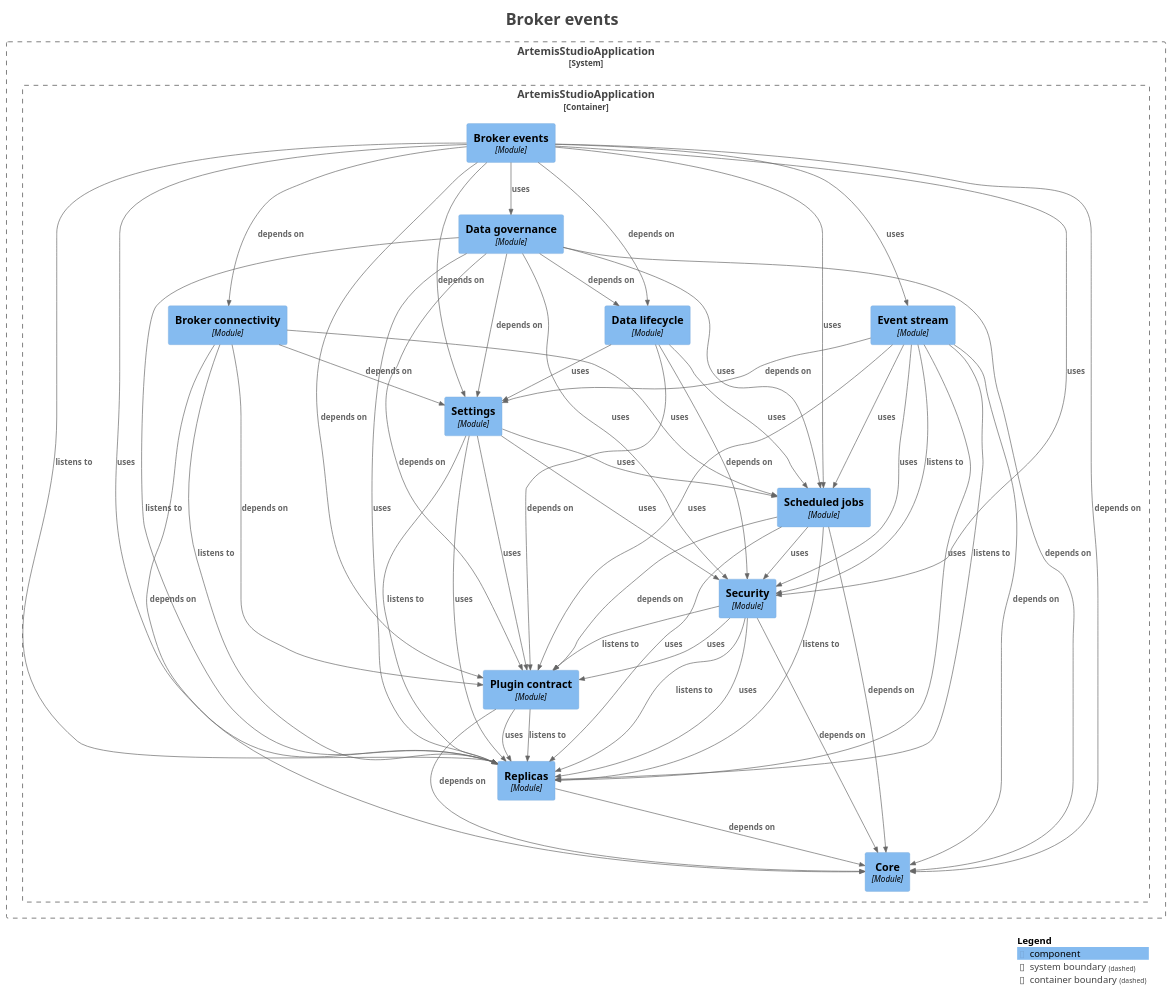
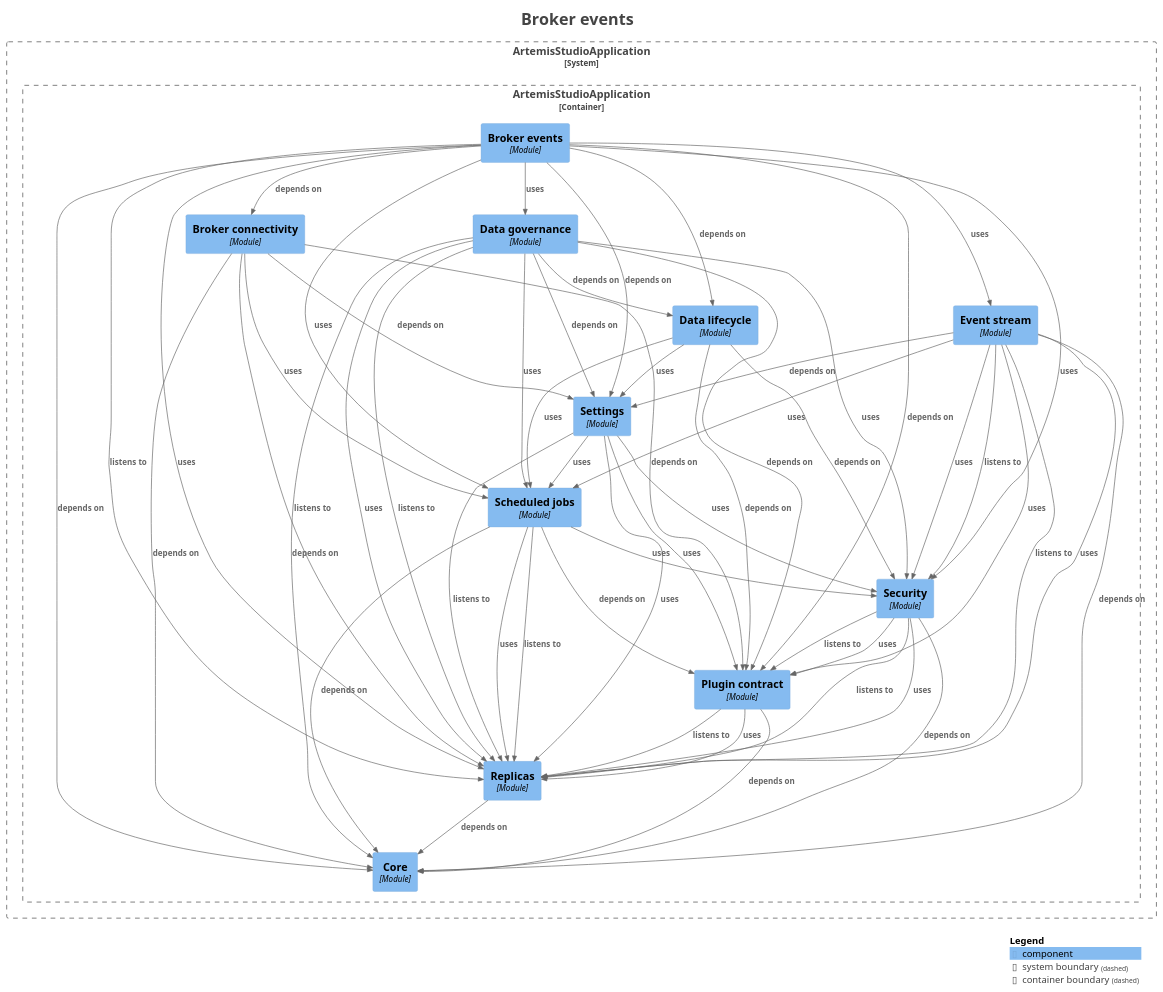
The diagram in docs/modules/module-feature.events.puml (sudoitir/artemis-studio), drawn with PlantUML before and after one commit. The commit also changed other lines of this file and 33 other files, not shown here.

First line of the commit message:
test(architecture): sort module diagram components so diagrams change only with the graph

```diff
--- a/docs/modules/module-feature.events.puml
+++ b/docs/modules/module-feature.events.puml
@@ -1,93 +1,93 @@
 @startuml
 title <size:24>Broker events</size>
 
 set separator none
 top to bottom direction
 
 <style>
   root {
     BackgroundColor: #ffffff
     FontColor: #444444
   }
 </style>
 
 !include <C4/C4>
 !include <C4/C4_Context>
 !include <C4/C4_Component>
 
 System_Boundary("ArtemisStudioApplication_boundary", "ArtemisStudioApplication", $tags="") {
   Container_Boundary("ArtemisStudioApplication.ArtemisStudioApplication_boundary", "ArtemisStudioApplication", $tags="") {
-    Component(ArtemisStudioApplication.ArtemisStudioApplication.Settings, "Settings", $techn="Module", $descr="", $tags="", $link="")
+    Component(ArtemisStudioApplication.ArtemisStudioApplication.Brokerconnectivity, "Broker connectivity", $techn="Module", $descr="", $tags="", $link="")
+    Component(ArtemisStudioApplication.ArtemisStudioApplication.Brokerevents, "Broker events", $techn="Module", $descr="", $tags="", $link="")
+    Component(ArtemisStudioApplication.ArtemisStudioApplication.Core, "Core", $techn="Module", $descr="", $tags="", $link="")
+    Component(ArtemisStudioApplication.ArtemisStudioApplication.Datagovernance, "Data governance", $techn="Module", $descr="", $tags="", $link="")
     Component(ArtemisStudioApplication.ArtemisStudioApplication.Datalifecycle, "Data lifecycle", $techn="Module", $descr="", $tags="", $link="")
     Component(ArtemisStudioApplication.ArtemisStudioApplication.Eventstream, "Event stream", $techn="Module", $descr="", $tags="", $link="")
-    Component(ArtemisStudioApplication.ArtemisStudioApplication.Brokerconnectivity, "Broker connectivity", $techn="Module", $descr="", $tags="", $link="")
-    Component(ArtemisStudioApplication.ArtemisStudioApplication.Datagovernance, "Data governance", $techn="Module", $descr="", $tags="", $link="")
-    Component(ArtemisStudioApplication.ArtemisStudioApplication.Brokerevents, "Broker events", $techn="Module", $descr="", $tags="", $link="")
-    Component(ArtemisStudioApplication.ArtemisStudioApplication.Core, "Core", $techn="Module", $descr="", $tags="", $link="")
+    Component(ArtemisStudioApplication.ArtemisStudioApplication.Plugincontract, "Plugin contract", $techn="Module", $descr="", $tags="", $link="")
     Component(ArtemisStudioApplication.ArtemisStudioApplication.Replicas, "Replicas", $techn="Module", $descr="", $tags="", $link="")
-    Component(ArtemisStudioApplication.ArtemisStudioApplication.Plugincontract, "Plugin contract", $techn="Module", $descr="", $tags="", $link="")
+    Component(ArtemisStudioApplication.ArtemisStudioApplication.Scheduledjobs, "Scheduled jobs", $techn="Module", $descr="", $tags="", $link="")
     Component(ArtemisStudioApplication.ArtemisStudioApplication.Security, "Security", $techn="Module", $descr="", $tags="", $link="")
-    Component(ArtemisStudioApplication.ArtemisStudioApplication.Scheduledjobs, "Scheduled jobs", $techn="Module", $descr="", $tags="", $link="")
+    Component(ArtemisStudioApplication.ArtemisStudioApplication.Settings, "Settings", $techn="Module", $descr="", $tags="", $link="")
   }
 
 }
 
 Rel(ArtemisStudioApplication.ArtemisStudioApplication.Brokerconnectivity, ArtemisStudioApplication.ArtemisStudioApplication.Core, "depends on", $techn="", $tags="", $link="")
 Rel(ArtemisStudioApplication.ArtemisStudioApplication.Brokerconnectivity, ArtemisStudioApplication.ArtemisStudioApplication.Plugincontract, "depends on", $techn="", $tags="", $link="")
 Rel(ArtemisStudioApplication.ArtemisStudioApplication.Brokerconnectivity, ArtemisStudioApplication.ArtemisStudioApplication.Replicas, "listens to", $techn="", $tags="", $link="")
 Rel(ArtemisStudioApplication.ArtemisStudioApplication.Brokerconnectivity, ArtemisStudioApplication.ArtemisStudioApplication.Scheduledjobs, "uses", $techn="", $tags="", $link="")
 Rel(ArtemisStudioApplication.ArtemisStudioApplication.Brokerconnectivity, ArtemisStudioApplication.ArtemisStudioApplication.Settings, "depends on", $techn="", $tags="", $link="")
 Rel(ArtemisStudioApplication.ArtemisStudioApplication.Brokerevents, ArtemisStudioApplication.ArtemisStudioApplication.Brokerconnectivity, "depends on", $techn="", $tags="", $link="")
 Rel(ArtemisStudioApplication.ArtemisStudioApplication.Brokerevents, ArtemisStudioApplication.ArtemisStudioApplication.Core, "depends on", $techn="", $tags="", $link="")
 Rel(ArtemisStudioApplication.ArtemisStudioApplication.Brokerevents, ArtemisStudioApplication.ArtemisStudioApplication.Datagovernance, "uses", $techn="", $tags="", $link="")
 Rel(ArtemisStudioApplication.ArtemisStudioApplication.Brokerevents, ArtemisStudioApplication.ArtemisStudioApplication.Datalifecycle, "depends on", $techn="", $tags="", $link="")
 Rel(ArtemisStudioApplication.ArtemisStudioApplication.Brokerevents, ArtemisStudioApplication.ArtemisStudioApplication.Eventstream, "uses", $techn="", $tags="", $link="")
 Rel(ArtemisStudioApplication.ArtemisStudioApplication.Brokerevents, ArtemisStudioApplication.ArtemisStudioApplication.Plugincontract, "depends on", $techn="", $tags="", $link="")
 Rel(ArtemisStudioApplication.ArtemisStudioApplication.Brokerevents, ArtemisStudioApplication.ArtemisStudioApplication.Replicas, "listens to", $techn="", $tags="", $link="")
 Rel(ArtemisStudioApplication.ArtemisStudioApplication.Brokerevents, ArtemisStudioApplication.ArtemisStudioApplication.Replicas, "uses", $techn="", $tags="", $link="")
 Rel(ArtemisStudioApplication.ArtemisStudioApplication.Brokerevents, ArtemisStudioApplication.ArtemisStudioApplication.Scheduledjobs, "uses", $techn="", $tags="", $link="")
 Rel(ArtemisStudioApplication.ArtemisStudioApplication.Brokerevents, ArtemisStudioApplication.ArtemisStudioApplication.Security, "uses", $techn="", $tags="", $link="")
 Rel(ArtemisStudioApplication.ArtemisStudioApplication.Brokerevents, ArtemisStudioApplication.ArtemisStudioApplication.Settings, "depends on", $techn="", $tags="", $link="")
 Rel(ArtemisStudioApplication.ArtemisStudioApplication.Datagovernance, ArtemisStudioApplication.ArtemisStudioApplication.Core, "depends on", $techn="", $tags="", $link="")
 Rel(ArtemisStudioApplication.ArtemisStudioApplication.Datagovernance, ArtemisStudioApplication.ArtemisStudioApplication.Datalifecycle, "depends on", $techn="", $tags="", $link="")
 Rel(ArtemisStudioApplication.ArtemisStudioApplication.Datagovernance, ArtemisStudioApplication.ArtemisStudioApplication.Plugincontract, "depends on", $techn="", $tags="", $link="")
 Rel(ArtemisStudioApplication.ArtemisStudioApplication.Datagovernance, ArtemisStudioApplication.ArtemisStudioApplication.Replicas, "listens to", $techn="", $tags="", $link="")
 Rel(ArtemisStudioApplication.ArtemisStudioApplication.Datagovernance, ArtemisStudioApplication.ArtemisStudioApplication.Replicas, "uses", $techn="", $tags="", $link="")
 Rel(ArtemisStudioApplication.ArtemisStudioApplication.Datagovernance, ArtemisStudioApplication.ArtemisStudioApplication.Scheduledjobs, "uses", $techn="", $tags="", $link="")
 Rel(ArtemisStudioApplication.ArtemisStudioApplication.Datagovernance, ArtemisStudioApplication.ArtemisStudioApplication.Security, "uses", $techn="", $tags="", $link="")
 Rel(ArtemisStudioApplication.ArtemisStudioApplication.Datagovernance, ArtemisStudioApplication.ArtemisStudioApplication.Settings, "depends on", $techn="", $tags="", $link="")
 Rel(ArtemisStudioApplication.ArtemisStudioApplication.Datalifecycle, ArtemisStudioApplication.ArtemisStudioApplication.Plugincontract, "depends on", $techn="", $tags="", $link="")
 Rel(ArtemisStudioApplication.ArtemisStudioApplication.Datalifecycle, ArtemisStudioApplication.ArtemisStudioApplication.Scheduledjobs, "uses", $techn="", $tags="", $link="")
 Rel(ArtemisStudioApplication.ArtemisStudioApplication.Datalifecycle, ArtemisStudioApplication.ArtemisStudioApplication.Security, "depends on", $techn="", $tags="", $link="")
 Rel(ArtemisStudioApplication.ArtemisStudioApplication.Datalifecycle, ArtemisStudioApplication.ArtemisStudioApplication.Settings, "uses", $techn="", $tags="", $link="")
 Rel(ArtemisStudioApplication.ArtemisStudioApplication.Eventstream, ArtemisStudioApplication.ArtemisStudioApplication.Core, "depends on", $techn="", $tags="", $link="")
 Rel(ArtemisStudioApplication.ArtemisStudioApplication.Eventstream, ArtemisStudioApplication.ArtemisStudioApplication.Plugincontract, "uses", $techn="", $tags="", $link="")
 Rel(ArtemisStudioApplication.ArtemisStudioApplication.Eventstream, ArtemisStudioApplication.ArtemisStudioApplication.Replicas, "listens to", $techn="", $tags="", $link="")
 Rel(ArtemisStudioApplication.ArtemisStudioApplication.Eventstream, ArtemisStudioApplication.ArtemisStudioApplication.Replicas, "uses", $techn="", $tags="", $link="")
 Rel(ArtemisStudioApplication.ArtemisStudioApplication.Eventstream, ArtemisStudioApplication.ArtemisStudioApplication.Scheduledjobs, "uses", $techn="", $tags="", $link="")
 Rel(ArtemisStudioApplication.ArtemisStudioApplication.Eventstream, ArtemisStudioApplication.ArtemisStudioApplication.Security, "listens to", $techn="", $tags="", $link="")
 Rel(ArtemisStudioApplication.ArtemisStudioApplication.Eventstream, ArtemisStudioApplication.ArtemisStudioApplication.Security, "uses", $techn="", $tags="", $link="")
 Rel(ArtemisStudioApplication.ArtemisStudioApplication.Eventstream, ArtemisStudioApplication.ArtemisStudioApplication.Settings, "depends on", $techn="", $tags="", $link="")
 Rel(ArtemisStudioApplication.ArtemisStudioApplication.Plugincontract, ArtemisStudioApplication.ArtemisStudioApplication.Core, "depends on", $techn="", $tags="", $link="")
 Rel(ArtemisStudioApplication.ArtemisStudioApplication.Plugincontract, ArtemisStudioApplication.ArtemisStudioApplication.Replicas, "listens to", $techn="", $tags="", $link="")
 Rel(ArtemisStudioApplication.ArtemisStudioApplication.Plugincontract, ArtemisStudioApplication.ArtemisStudioApplication.Replicas, "uses", $techn="", $tags="", $link="")
 Rel(ArtemisStudioApplication.ArtemisStudioApplication.Replicas, ArtemisStudioApplication.ArtemisStudioApplication.Core, "depends on", $techn="", $tags="", $link="")
 Rel(ArtemisStudioApplication.ArtemisStudioApplication.Scheduledjobs, ArtemisStudioApplication.ArtemisStudioApplication.Core, "depends on", $techn="", $tags="", $link="")
 Rel(ArtemisStudioApplication.ArtemisStudioApplication.Scheduledjobs, ArtemisStudioApplication.ArtemisStudioApplication.Plugincontract, "depends on", $techn="", $tags="", $link="")
 Rel(ArtemisStudioApplication.ArtemisStudioApplication.Scheduledjobs, ArtemisStudioApplication.ArtemisStudioApplication.Replicas, "listens to", $techn="", $tags="", $link="")
 Rel(ArtemisStudioApplication.ArtemisStudioApplication.Scheduledjobs, ArtemisStudioApplication.ArtemisStudioApplication.Replicas, "uses", $techn="", $tags="", $link="")
 Rel(ArtemisStudioApplication.ArtemisStudioApplication.Scheduledjobs, ArtemisStudioApplication.ArtemisStudioApplication.Security, "uses", $techn="", $tags="", $link="")
 Rel(ArtemisStudioApplication.ArtemisStudioApplication.Security, ArtemisStudioApplication.ArtemisStudioApplication.Core, "depends on", $techn="", $tags="", $link="")
 Rel(ArtemisStudioApplication.ArtemisStudioApplication.Security, ArtemisStudioApplication.ArtemisStudioApplication.Plugincontract, "listens to", $techn="", $tags="", $link="")
 Rel(ArtemisStudioApplication.ArtemisStudioApplication.Security, ArtemisStudioApplication.ArtemisStudioApplication.Plugincontract, "uses", $techn="", $tags="", $link="")
 Rel(ArtemisStudioApplication.ArtemisStudioApplication.Security, ArtemisStudioApplication.ArtemisStudioApplication.Replicas, "listens to", $techn="", $tags="", $link="")
 Rel(ArtemisStudioApplication.ArtemisStudioApplication.Security, ArtemisStudioApplication.ArtemisStudioApplication.Replicas, "uses", $techn="", $tags="", $link="")
 Rel(ArtemisStudioApplication.ArtemisStudioApplication.Settings, ArtemisStudioApplication.ArtemisStudioApplication.Plugincontract, "uses", $techn="", $tags="", $link="")
 Rel(ArtemisStudioApplication.ArtemisStudioApplication.Settings, ArtemisStudioApplication.ArtemisStudioApplication.Replicas, "listens to", $techn="", $tags="", $link="")
 Rel(ArtemisStudioApplication.ArtemisStudioApplication.Settings, ArtemisStudioApplication.ArtemisStudioApplication.Replicas, "uses", $techn="", $tags="", $link="")
 Rel(ArtemisStudioApplication.ArtemisStudioApplication.Settings, ArtemisStudioApplication.ArtemisStudioApplication.Scheduledjobs, "uses", $techn="", $tags="", $link="")
 Rel(ArtemisStudioApplication.ArtemisStudioApplication.Settings, ArtemisStudioApplication.ArtemisStudioApplication.Security, "uses", $techn="", $tags="", $link="")
 
 SHOW_LEGEND(true)
 hide stereotypes
 @enduml
```
